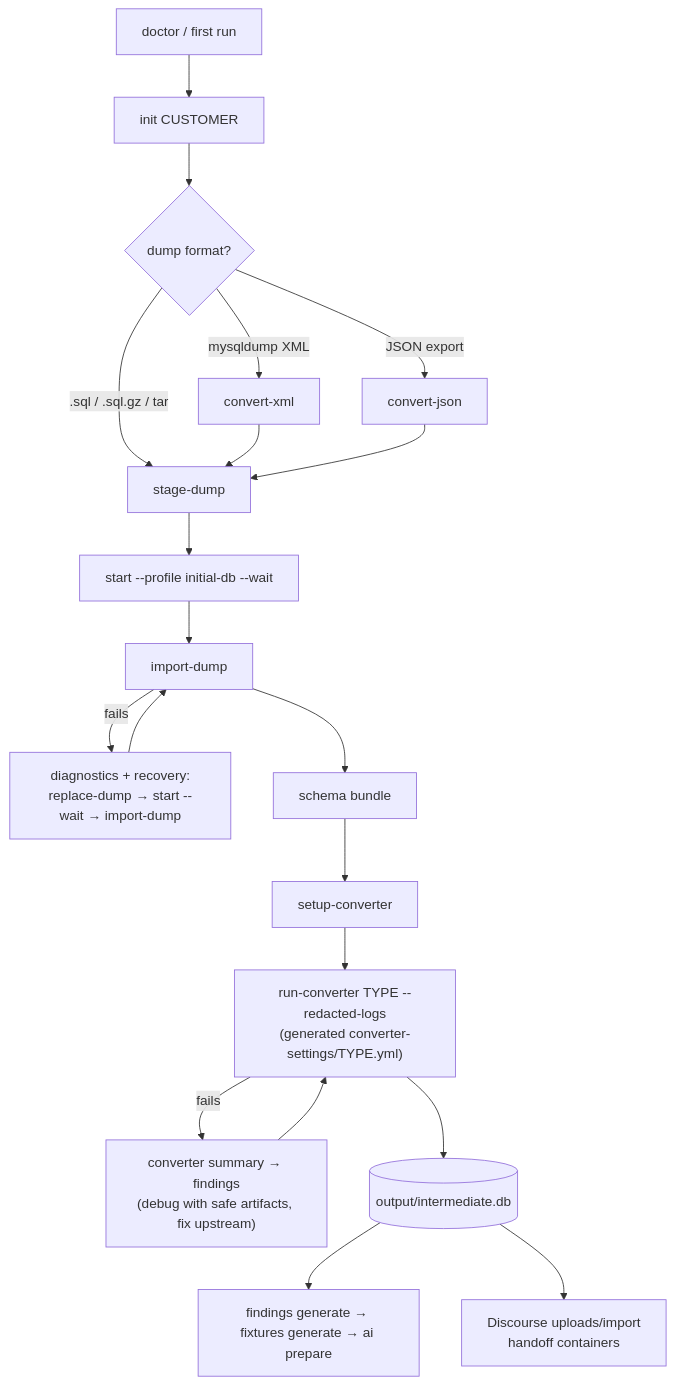
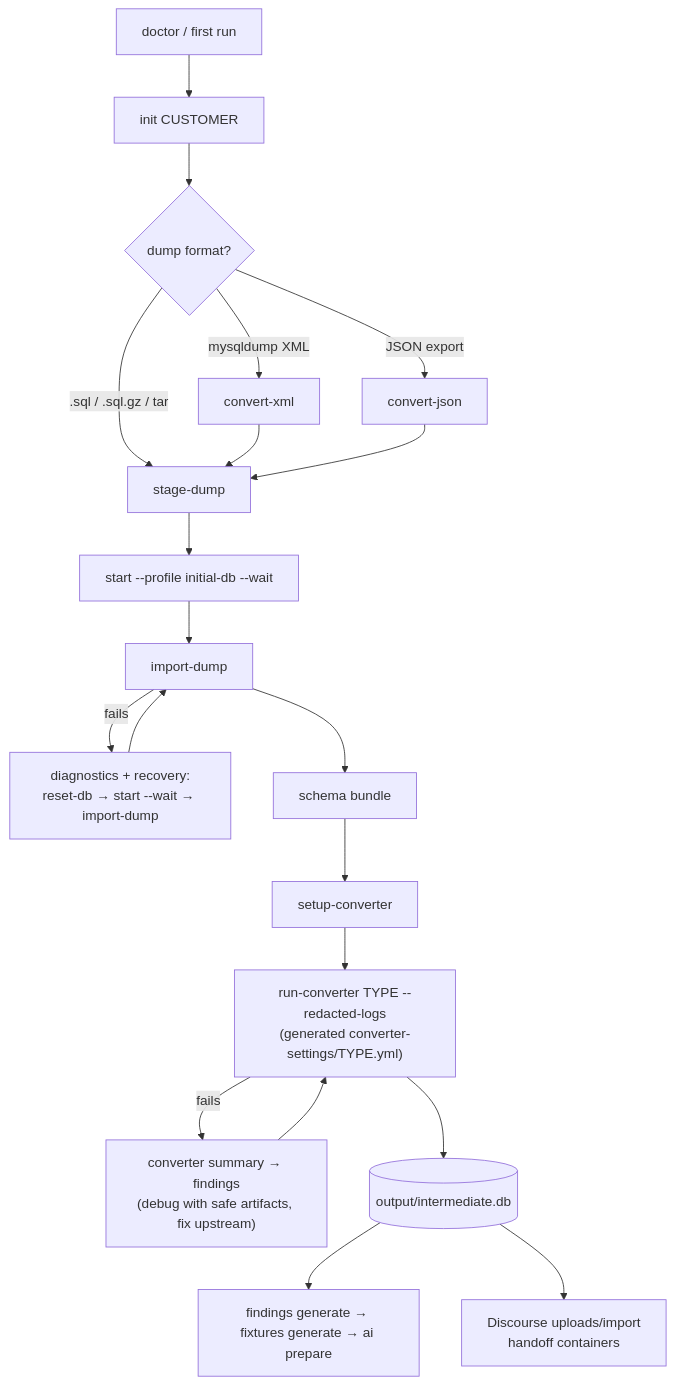
One commit to RubenOussoren/silo-migrate changed the second of 3 diagrams in docs/migration-engineer-guide.md. Above: the diagram before and after it, drawn with Mermaid. The commit also changed other lines of this file and 19 other files, not shown here.

````diff
--- a/docs/migration-engineer-guide.md
+++ b/docs/migration-engineer-guide.md
@@ -217,18 +220,18 @@
 ```mermaid
 flowchart TD
     A[doctor / first run] --> B[init CUSTOMER]
     B --> C{dump format?}
     C -- ".sql / .sql.gz / tar" --> D[stage-dump]
     C -- "mysqldump XML" --> E[convert-xml] --> D
     C -- "JSON export" --> E2[convert-json] --> D
     D --> F["start --profile initial-db --wait"]
     F --> G[import-dump]
-    G -- "fails" --> R["diagnostics + recovery:<br/>replace-dump → start --wait → import-dump"] --> G
+    G -- "fails" --> R["diagnostics + recovery:<br/>reset-db → start --wait → import-dump"] --> G
     G --> H[schema bundle]
     H --> I[setup-converter]
     I --> J["run-converter TYPE --redacted-logs<br/>(generated converter-settings/TYPE.yml)"]
     J -- "fails" --> J2["converter summary → findings<br/>(debug with safe artifacts, fix upstream)"] --> J
     J --> K[("output/intermediate.db")]
     K --> L[findings generate → fixtures generate → ai prepare]
     K --> M["Discourse uploads/import<br/>handoff containers"]
 ```
````
